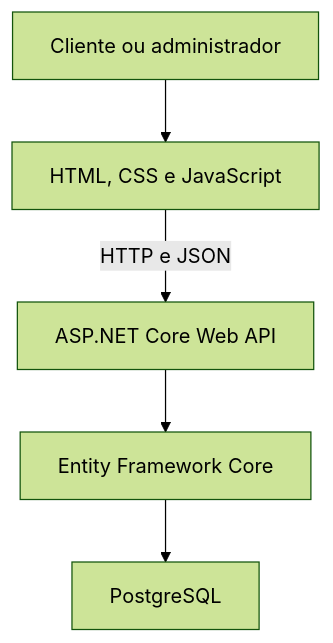
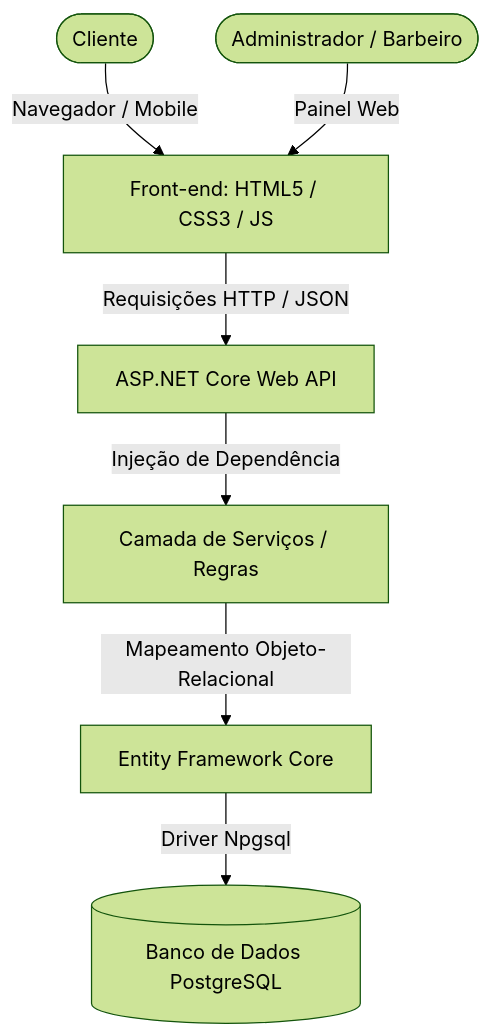
One commit to Atorreszz/gueto-barbearia changed the first of 2 diagrams in README.md. Above: the diagram before and after it, drawn with Mermaid (forest theme). The commit also changed other lines of this file, not shown here.

Commit message:
docs: atualiza README com status atual do projeto e documentação da API

````diff
--- a/README.md
+++ b/README.md
@@ -123,7 +86,9 @@
 ```mermaid
 flowchart TD
-    A[Cliente ou administrador] --> B[HTML, CSS e JavaScript]
-    B -->|HTTP e JSON| C[ASP.NET Core Web API]
-    C --> D[Entity Framework Core]
-    D --> E[PostgreSQL]
+    Cliente([Cliente]) -->|Navegador / Mobile| Frontend[Front-end: HTML5 / CSS3 / JS]
+    Admin([Administrador / Barbeiro]) -->|Painel Web| Frontend
+    Frontend -->|Requisições HTTP / JSON| API[ASP.NET Core Web API]
+    API -->|Injeção de Dependência| Services[Camada de Serviços / Regras]
+    Services -->|Mapeamento Objeto-Relacional| EF[Entity Framework Core]
+    EF -->|Driver Npgsql| DB[(Banco de Dados PostgreSQL)]
 ```
````
